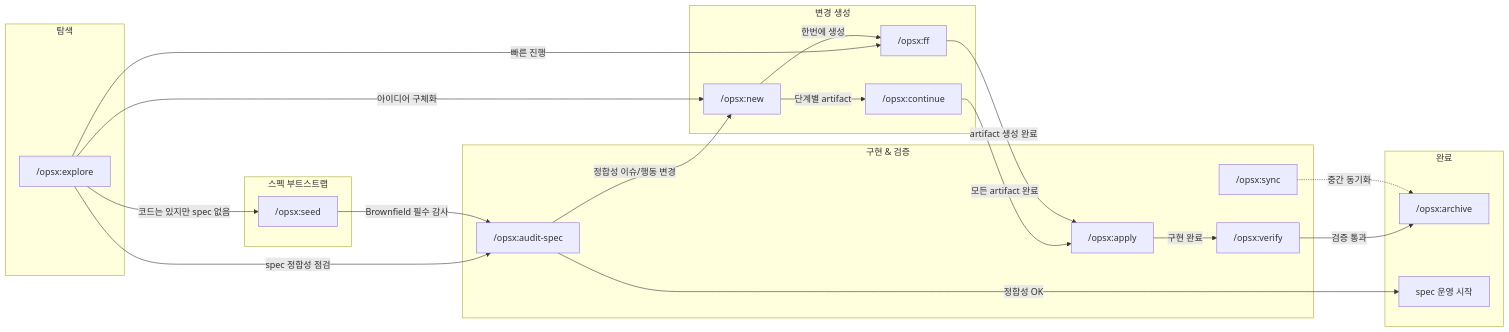
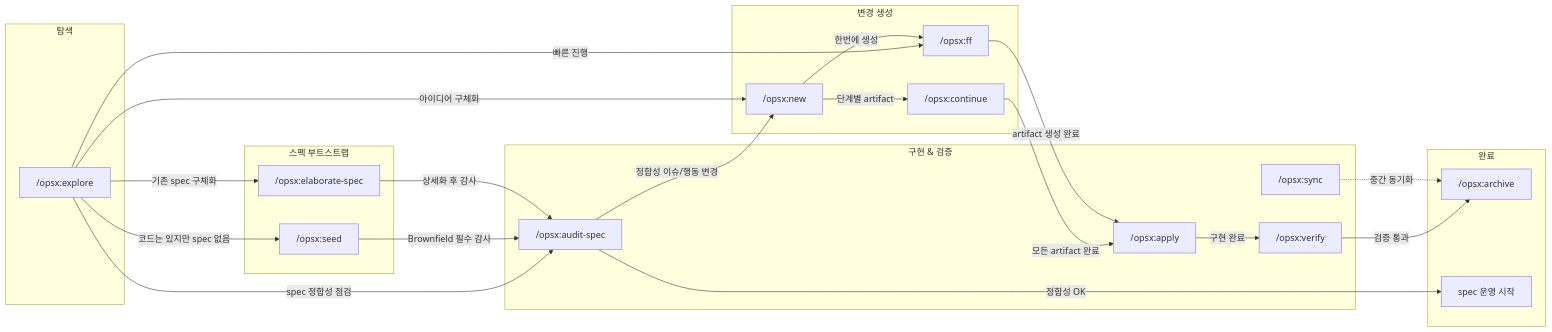
Before and after one commit to ssjun22/agent-tools: the fifth of 5 diagrams in strategies/openspec-sdd/README.md, drawn with Mermaid. The commit also changed other lines of this file and 3 other files, not shown here.

First line of the commit message:
feat: opsx elaborate-spec 스킬 추가

````diff
--- a/strategies/openspec-sdd/README.md
+++ b/strategies/openspec-sdd/README.md
@@ -117,48 +118,51 @@
 ```mermaid
 flowchart LR
     subgraph "탐색"
         explore["/opsx:explore"]
     end
 
     subgraph "스펙 부트스트랩"
         seed["/opsx:seed"]
+        elaborate["/opsx:elaborate-spec"]
     end
 
     subgraph "변경 생성"
         new["/opsx:new"]
         ff["/opsx:ff"]
         continue_["/opsx:continue"]
     end
 
     subgraph "구현 & 검증"
         apply["/opsx:apply"]
         verify["/opsx:verify"]
         audit["/opsx:audit-spec"]
         sync["/opsx:sync"]
     end
 
     subgraph "완료"
         archive["/opsx:archive"]
         spec_ready["spec 운영 시작"]
     end
 
     explore -->|"아이디어 구체화"| new
     explore -->|"빠른 진행"| ff
     explore -->|"코드는 있지만 spec 없음"| seed
     explore -->|"spec 정합성 점검"| audit
+    explore -->|"기존 spec 구체화"| elaborate
 
     seed -->|"Brownfield 필수 감사"| audit
+    elaborate -->|"상세화 후 감사"| audit
     audit -->|"정합성 이슈/행동 변경"| new
     audit -->|"정합성 OK"| spec_ready
 
     new -->|"단계별 artifact"| continue_
     new -->|"한번에 생성"| ff
 
     continue_ -->|"모든 artifact 완료"| apply
     ff -->|"artifact 생성 완료"| apply
 
     apply -->|"구현 완료"| verify
     verify -->|"검증 통과"| archive
 
     sync -.->|"중간 동기화"| archive
 ```
````
